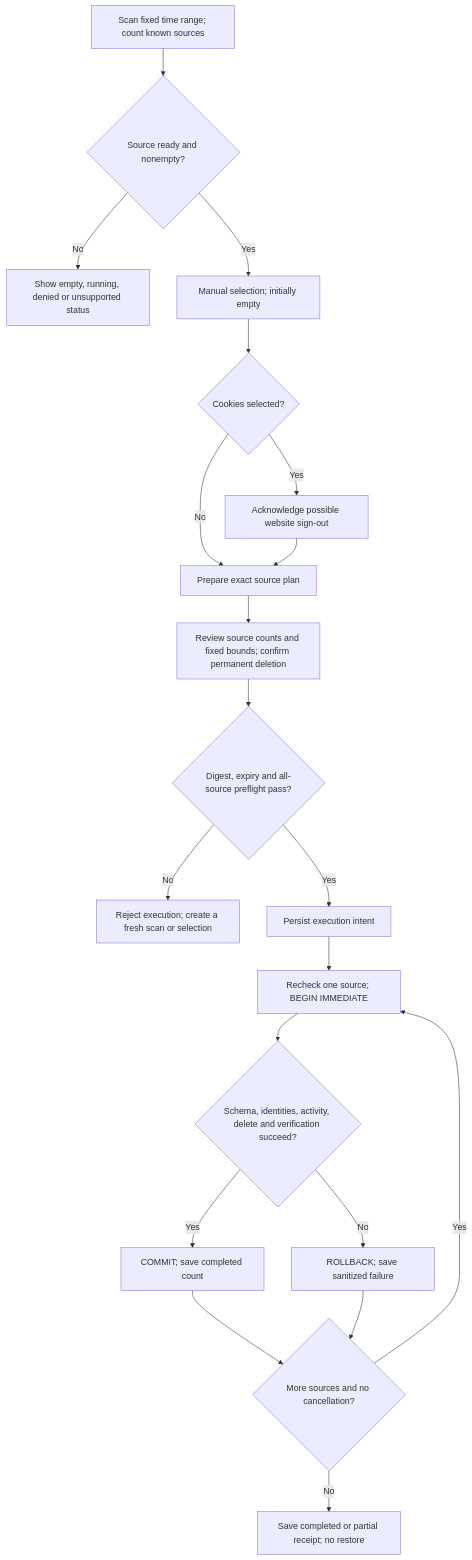
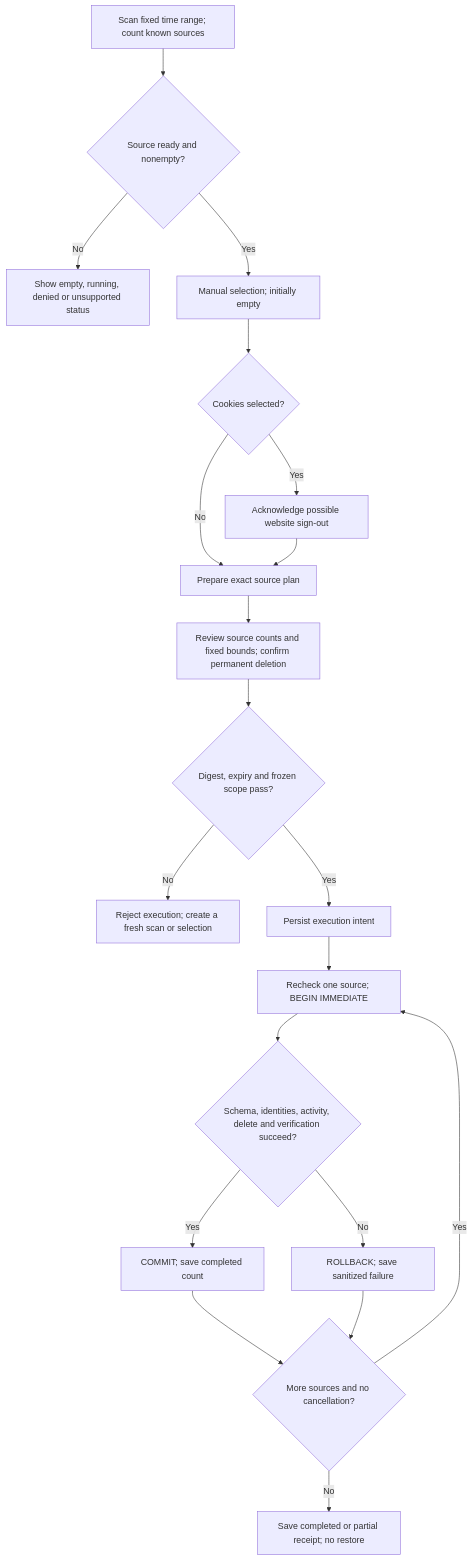
Before and after one commit to limecloud/shou: the sixth of 7 diagrams in docs/engineering/privacy-cleaning.md, drawn with Mermaid. The commit also changed other lines of this file and 162 other files, not shown here.

````diff
--- a/docs/engineering/privacy-cleaning.md
+++ b/docs/engineering/privacy-cleaning.md
@@ -144,22 +144,22 @@
 ```mermaid
 flowchart TD
     Scan["Scan fixed time range; count known sources"] --> Ready{"Source ready and nonempty?"}
     Ready -->|"No"| Unavailable["Show empty, running, denied or unsupported status"]
     Ready -->|"Yes"| Select["Manual selection; initially empty"]
     Select --> Cookies{"Cookies selected?"}
     Cookies -->|"Yes"| SignOut["Acknowledge possible website sign-out"]
     Cookies -->|"No"| Plan["Prepare exact source plan"]
     SignOut --> Plan
     Plan --> Confirm["Review source counts and fixed bounds; confirm permanent deletion"]
-    Confirm --> Check{"Digest, expiry and all-source preflight pass?"}
+    Confirm --> Check{"Digest, expiry and frozen scope pass?"}
     Check -->|"No"| Rescan["Reject execution; create a fresh scan or selection"]
     Check -->|"Yes"| Intent["Persist execution intent"]
     Intent --> Each["Recheck one source; BEGIN IMMEDIATE"]
     Each --> Result{"Schema, identities, activity, delete and verification succeed?"}
     Result -->|"Yes"| Commit["COMMIT; save completed count"]
     Result -->|"No"| Rollback["ROLLBACK; save sanitized failure"]
     Commit --> More{"More sources and no cancellation?"}
     Rollback --> More
     More -->|"Yes"| Each
     More -->|"No"| Receipt["Save completed or partial receipt; no restore"]
 ```
````
